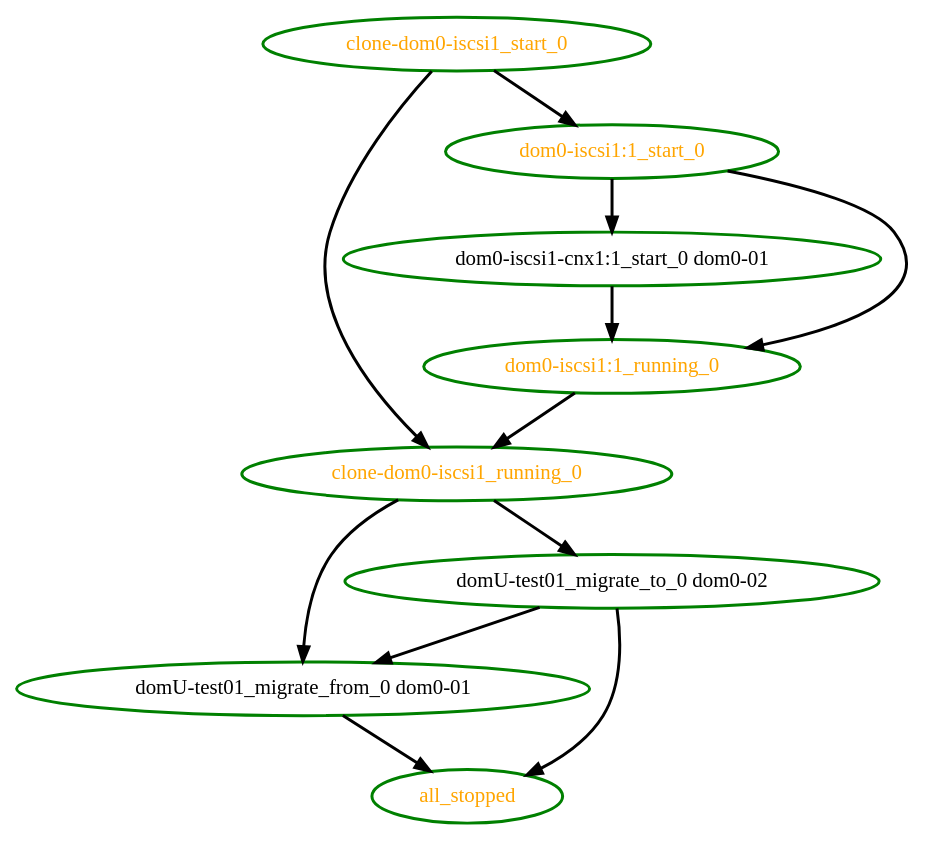
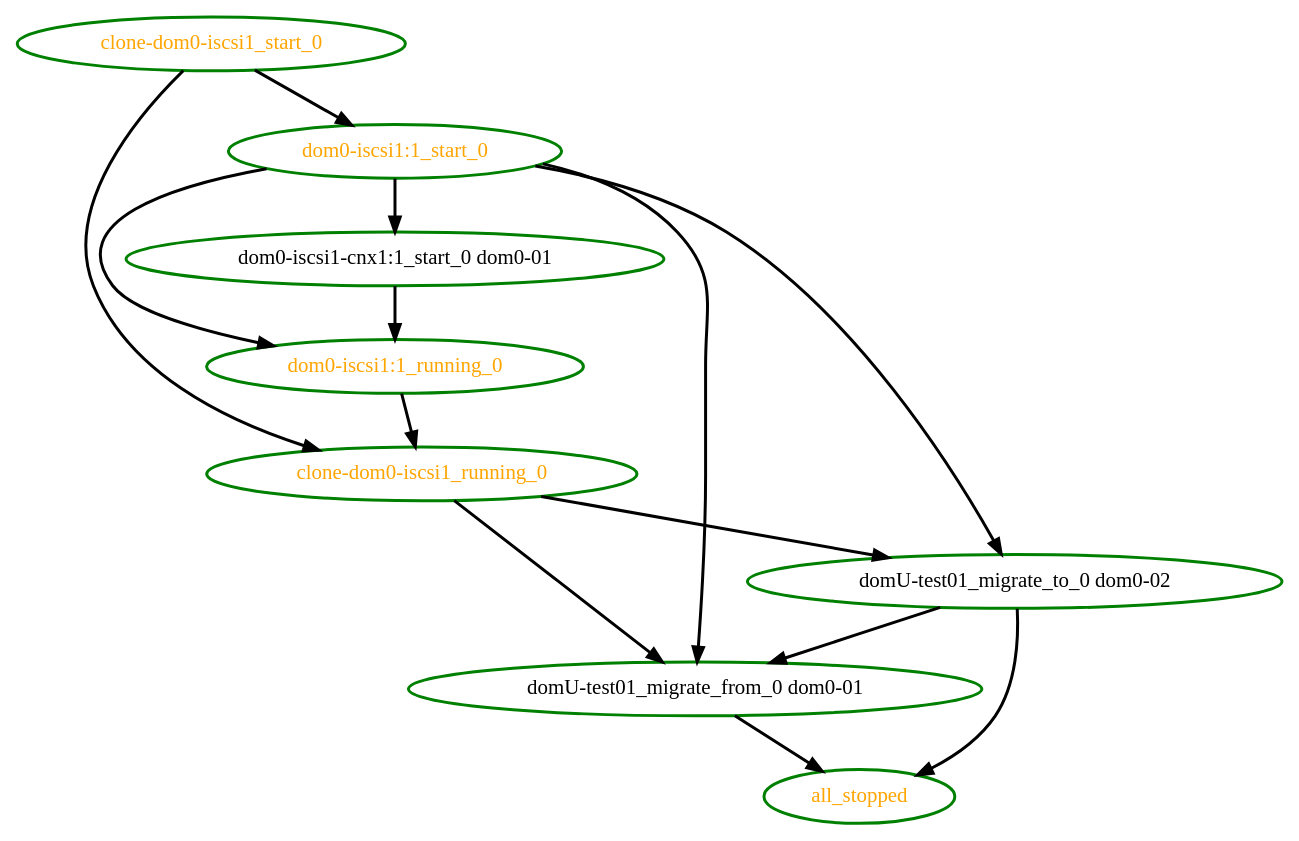
The diagram in pengine/test10/migrate-start.dot (linux-ha-japan/pm_diskd), drawn with Graphviz before and after one commit. The commit also changed 11 other files, not shown here.

```diff
--- a/pengine/test10/migrate-start.dot
+++ b/pengine/test10/migrate-start.dot
@@ -1,21 +1,23 @@
 digraph "g" {
 "all_stopped" [ style=bold color="green" fontcolor="orange"  ]
 "clone-dom0-iscsi1_running_0" -> "domU-test01_migrate_from_0 dom0-01" [ style = bold]
 "clone-dom0-iscsi1_running_0" -> "domU-test01_migrate_to_0 dom0-02" [ style = bold]
 "clone-dom0-iscsi1_running_0" [ style=bold color="green" fontcolor="orange"  ]
 "clone-dom0-iscsi1_start_0" -> "clone-dom0-iscsi1_running_0" [ style = bold]
 "clone-dom0-iscsi1_start_0" -> "dom0-iscsi1:1_start_0" [ style = bold]
 "clone-dom0-iscsi1_start_0" [ style=bold color="green" fontcolor="orange"  ]
 "dom0-iscsi1-cnx1:1_start_0 dom0-01" -> "dom0-iscsi1:1_running_0" [ style = bold]
 "dom0-iscsi1-cnx1:1_start_0 dom0-01" [ style=bold color="green" fontcolor="black"  ]
 "dom0-iscsi1:1_running_0" -> "clone-dom0-iscsi1_running_0" [ style = bold]
 "dom0-iscsi1:1_running_0" [ style=bold color="green" fontcolor="orange"  ]
 "dom0-iscsi1:1_start_0" -> "dom0-iscsi1-cnx1:1_start_0 dom0-01" [ style = bold]
 "dom0-iscsi1:1_start_0" -> "dom0-iscsi1:1_running_0" [ style = bold]
+"dom0-iscsi1:1_start_0" -> "domU-test01_migrate_from_0 dom0-01" [ style = bold]
+"dom0-iscsi1:1_start_0" -> "domU-test01_migrate_to_0 dom0-02" [ style = bold]
 "dom0-iscsi1:1_start_0" [ style=bold color="green" fontcolor="orange"  ]
 "domU-test01_migrate_from_0 dom0-01" -> "all_stopped" [ style = bold]
 "domU-test01_migrate_from_0 dom0-01" [ style=bold color="green" fontcolor="black"  ]
 "domU-test01_migrate_to_0 dom0-02" -> "all_stopped" [ style = bold]
 "domU-test01_migrate_to_0 dom0-02" -> "domU-test01_migrate_from_0 dom0-01" [ style = bold]
 "domU-test01_migrate_to_0 dom0-02" [ style=bold color="green" fontcolor="black"  ]
 }
```
